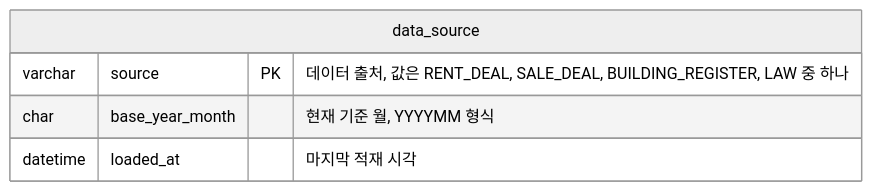
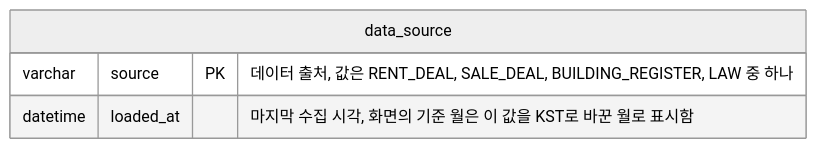
The eighth of 8 diagrams in docs/erd.md (f-lab-edu/jipsee), drawn with Mermaid (neutral theme) before and after one commit. The commit also changed other lines of this file and 2 other files, not shown here.

Commit message:
docs: S2 건물 정보를 동마다 표시, data_source 기준 월을 loaded_at으로 통일

````diff
--- a/docs/erd.md
+++ b/docs/erd.md
@@ -199,8 +199,7 @@
 ```mermaid
 erDiagram
     data_source {
         varchar source PK "데이터 출처, 값은 RENT_DEAL, SALE_DEAL, BUILDING_REGISTER, LAW 중 하나"
-        char base_year_month "현재 기준 월, YYYYMM 형식"
-        datetime loaded_at "마지막 적재 시각"
+        datetime loaded_at "마지막 수집 시각, 화면의 기준 월은 이 값을 KST로 바꾼 월로 표시함"
     }
 ```
````
